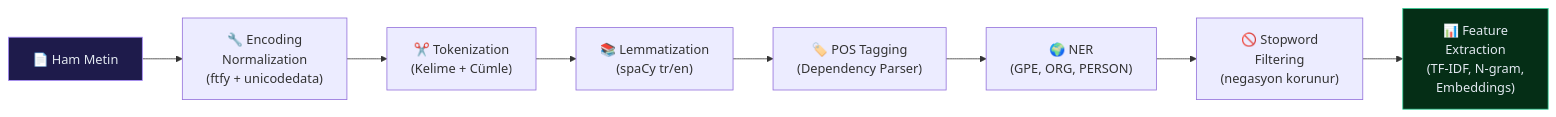
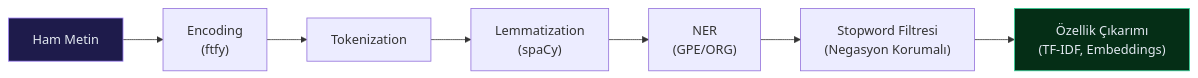
One commit to BBgitaccount/BB-PAXDATA changed the third of 5 diagrams in README.md. Above: the diagram before and after it, drawn with Mermaid. The commit also changed other lines of this file and 2 other files, not shown here.

````diff
--- a/README.md
+++ b/README.md
@@ -316,13 +161,12 @@
 ```mermaid
 flowchart LR
-    RAW["📄 Ham Metin"] --> ENCODE["🔧 Encoding\nNormalization\n(ftfy + unicodedata)"]
-    ENCODE --> TOKENIZE["✂️ Tokenization\n(Kelime + Cümle)"]
-    TOKENIZE --> LEMMA["📚 Lemmatization\n(spaCy tr/en)"]
-    LEMMA --> POS["🏷️ POS Tagging\n(Dependency Parser)"]
-    POS --> NER["🌍 NER\n(GPE, ORG, PERSON)"]
-    NER --> STOP["🚫 Stopword\nFiltering\n(negasyon korunur)"]
-    STOP --> FEAT["📊 Feature\nExtraction\n(TF-IDF, N-gram,\nEmbeddings)"]
+    RAW["Ham Metin"] --> ENCODE["Encoding\n(ftfy)"]
+    ENCODE --> TOKENIZE["Tokenization"]
+    TOKENIZE --> LEMMA["Lemmatization\n(spaCy)"]
+    LEMMA --> NER["NER\n(GPE/ORG)"]
+    NER --> STOP["Stopword Filtresi\n(Negasyon Korumalı)"]
+    STOP --> FEAT["Özellik Çıkarımı\n(TF-IDF, Embeddings)"]
 
     style RAW fill:#1e1b4b,stroke:#a78bfa,color:#e2e8f0
     style FEAT fill:#052e16,stroke:#34d399,color:#e2e8f0
 ```
````
